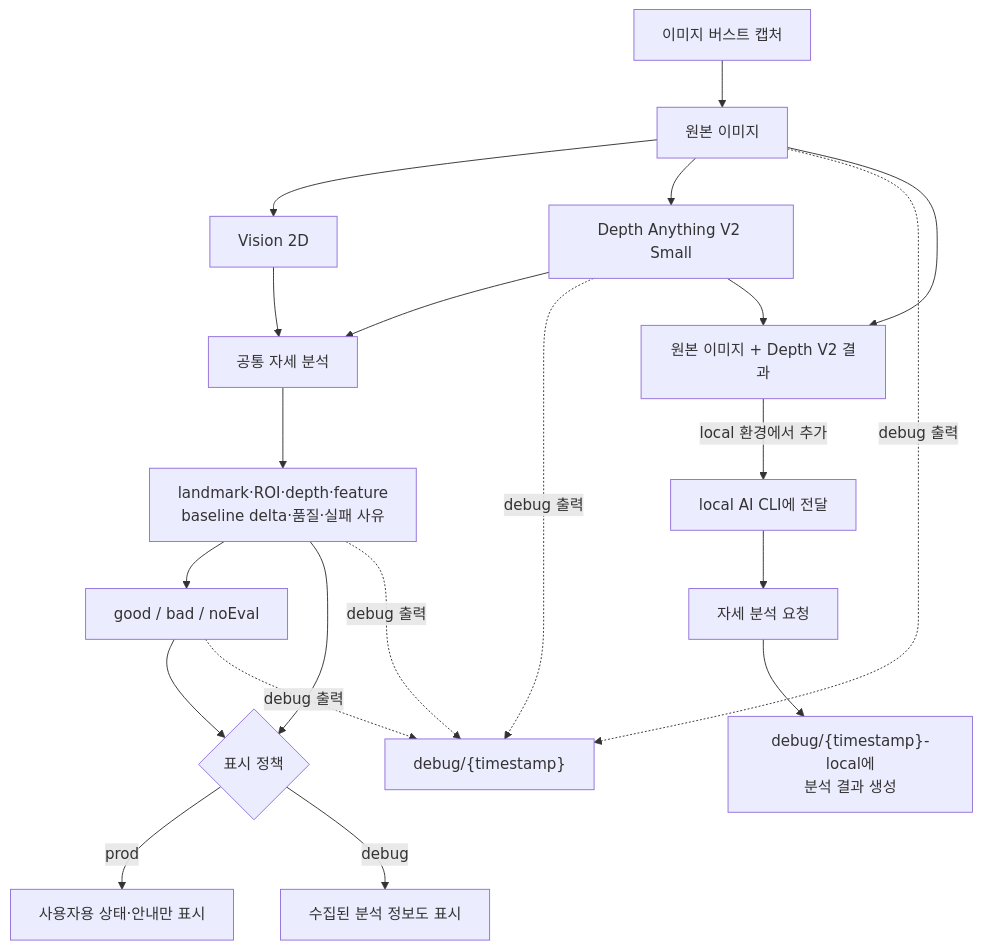
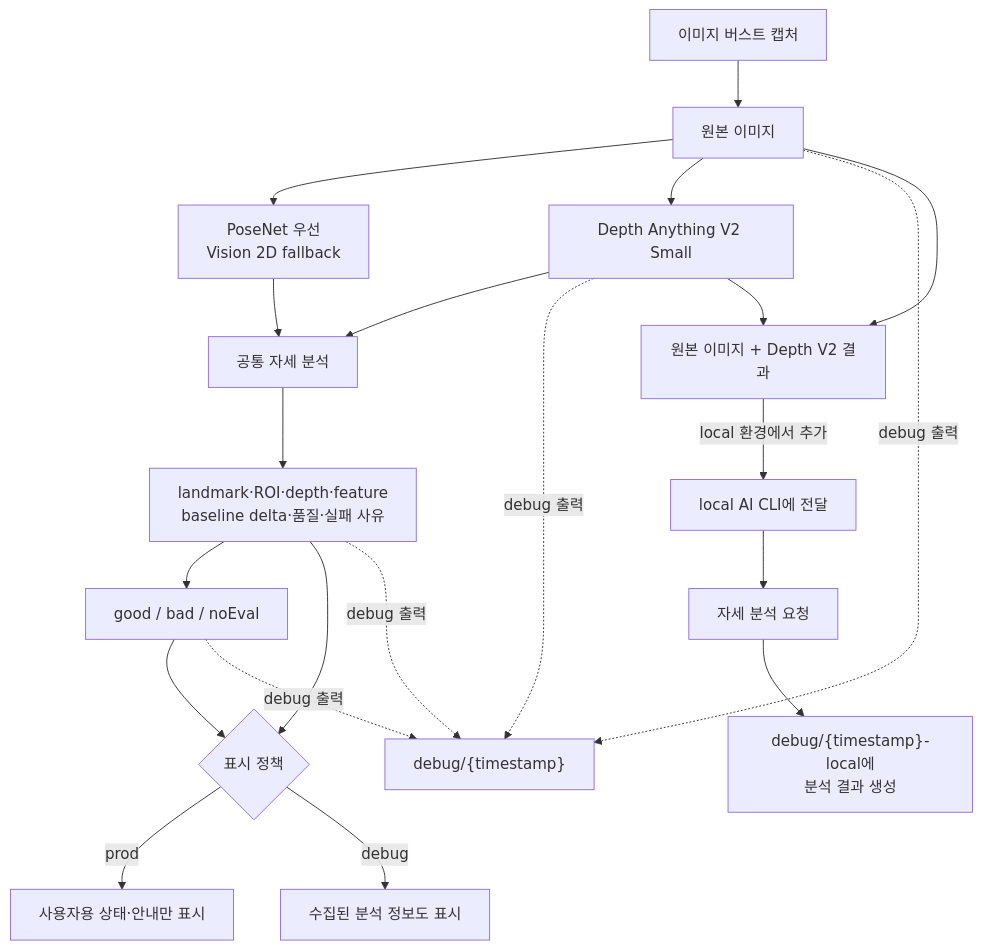
The second of 2 diagrams in docs/workflow.md (kimchanhyung98/turtlemeck), drawn with Mermaid before and after one commit. The commit also changed other lines of this file and 37 other files, not shown here.

Commit message:
docs: adopt PoseNet-first pose path and add review reports

````diff
--- a/docs/workflow.md
+++ b/docs/workflow.md
@@ -47,27 +47,27 @@
 ```mermaid
 flowchart TD
     CAPTURE["이미지 버스트 캡처"] --> ORIGINAL["원본 이미지"]
-    ORIGINAL --> VISION["Vision 2D"]
+    ORIGINAL --> POSE["PoseNet 우선<br/>Vision 2D fallback"]
     ORIGINAL --> DEPTH["Depth Anything V2 Small"]
 
-    VISION --> CORE["공통 자세 분석"]
+    POSE --> CORE["공통 자세 분석"]
     DEPTH --> CORE
     CORE --> DATA["landmark·ROI·depth·feature<br/>baseline delta·품질·실패 사유"]
     DATA --> STATE["good / bad / noEval"]
 
     DATA --> VIEW{"표시 정책"}
     STATE --> VIEW
     VIEW -- "prod" --> PRODVIEW["사용자용 상태·안내만 표시"]
     VIEW -- "debug" --> DEBUGVIEW["수집된 분석 정보도 표시"]
 
     ORIGINAL -. "debug 출력" .-> DEBUGDIR["debug/{timestamp}"]
     DEPTH -. "debug 출력" .-> DEBUGDIR
     DATA -. "debug 출력" .-> DEBUGDIR
     STATE -. "debug 출력" .-> DEBUGDIR
 
     ORIGINAL --> LOCALPAIR["원본 이미지 + Depth V2 결과"]
     DEPTH --> LOCALPAIR
     LOCALPAIR -- "local 환경에서 추가" --> CLI["local AI CLI에 전달"]
     CLI --> REQUEST["자세 분석 요청"]
     REQUEST --> LOCALRESULT["debug/{timestamp}-local에<br/>분석 결과 생성"]
 ```
````
